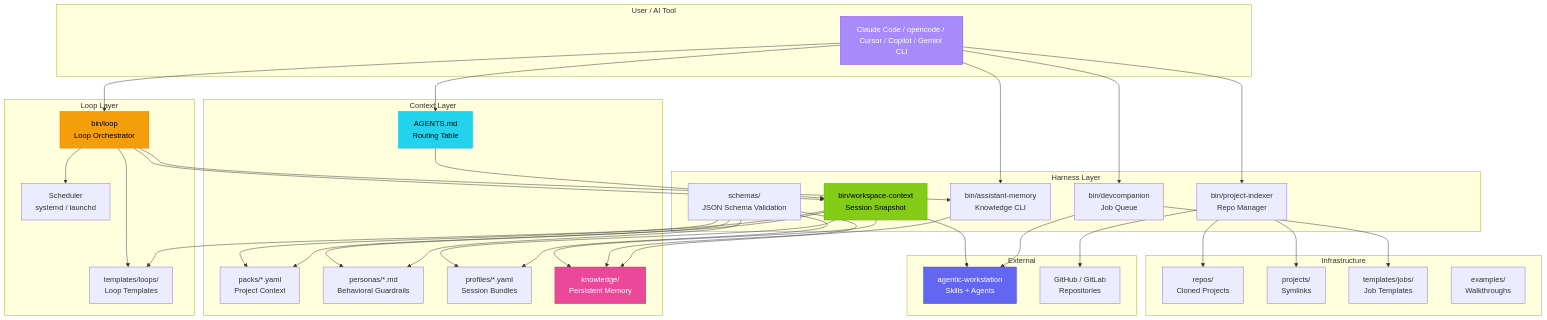
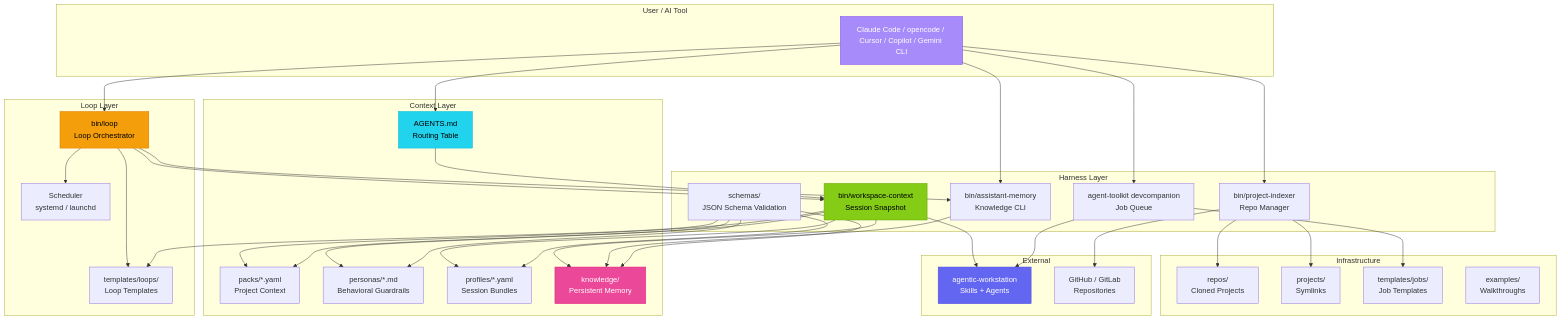
Before and after one commit to ulises-jeremias/agentic-harness: the first of 2 diagrams in docs/ARCHITECTURE.md, drawn with Mermaid. The commit also changed other lines of this file and 17 other files, not shown here.

First line of the commit message:
chore: delete bin/devcompanion — use agent-toolkit devcompanion directly

````diff
--- a/docs/ARCHITECTURE.md
+++ b/docs/ARCHITECTURE.md
@@ -9,79 +9,79 @@
 ```mermaid
 graph TB
     subgraph "User / AI Tool"
         AI[Claude Code / opencode / Cursor / Copilot / Gemini CLI]
     end
 
     subgraph "Context Layer"
         AGENTS[AGENTS.md<br/>Routing Table]
         PACKS[packs/*.yaml<br/>Project Context]
         PERSONAS[personas/*.md<br/>Behavioral Guardrails]
         PROFILES[profiles/*.yaml<br/>Session Bundles]
         KNOWLEDGE[knowledge/<br/>Persistent Memory]
     end
 
     subgraph "Harness Layer"
         WCTX[bin/workspace-context<br/>Session Snapshot]
         AMEM[bin/assistant-memory<br/>Knowledge CLI]
-        DC[bin/devcompanion<br/>Job Queue]
+        DC[agent-toolkit devcompanion<br/>Job Queue]
         PI[bin/project-indexer<br/>Repo Manager]
         SCHEMAS[schemas/<br/>JSON Schema Validation]
     end
 
     subgraph "Loop Layer"
         LOOP[bin/loop<br/>Loop Orchestrator]
         TEMPLATES[templates/loops/<br/>Loop Templates]
         SCHEDULER[Scheduler<br/>systemd / launchd]
     end
 
     subgraph "Infrastructure"
         REPOS[repos/<br/>Cloned Projects]
         PROJS[projects/<br/>Symlinks]
         JOBS[templates/jobs/<br/>Job Templates]
         EXAMPLES[examples/<br/>Walkthroughs]
     end
 
     subgraph "External"
         WS[agentic-workstation<br/>Skills + Agents]
         GIT[GitHub / GitLab<br/>Repositories]
     end
 
     AI --> AGENTS
     AGENTS --> WCTX
     WCTX --> PACKS
     WCTX --> PERSONAS
     WCTX --> PROFILES
     WCTX --> KNOWLEDGE
     WCTX --> WS
 
     AI --> AMEM
     AMEM --> KNOWLEDGE
 
     AI --> DC
     DC --> JOBS
     DC --> WS
 
     AI --> PI
     PI --> REPOS
     PI --> PROJS
     PI --> GIT
 
     AI --> LOOP
     LOOP --> TEMPLATES
     LOOP --> SCHEDULER
     LOOP --> WCTX
     LOOP --> AMEM
 
     SCHEMAS --> PACKS
     SCHEMAS --> PERSONAS
     SCHEMAS --> PROFILES
     SCHEMAS --> KNOWLEDGE
     SCHEMAS --> TEMPLATES
 
     style AI fill:#a78bfa,stroke:#7c3aed,color:#fff
     style AGENTS fill:#22d3ee,stroke:#06b6d4,color:#000
     style WCTX fill:#84cc16,stroke:#65a30d,color:#000
     style LOOP fill:#f59e0b,stroke:#d97706,color:#000
     style KNOWLEDGE fill:#ec4899,stroke:#db2777,color:#fff
     style WS fill:#6366f1,stroke:#4f46e5,color:#fff
 ```
````
